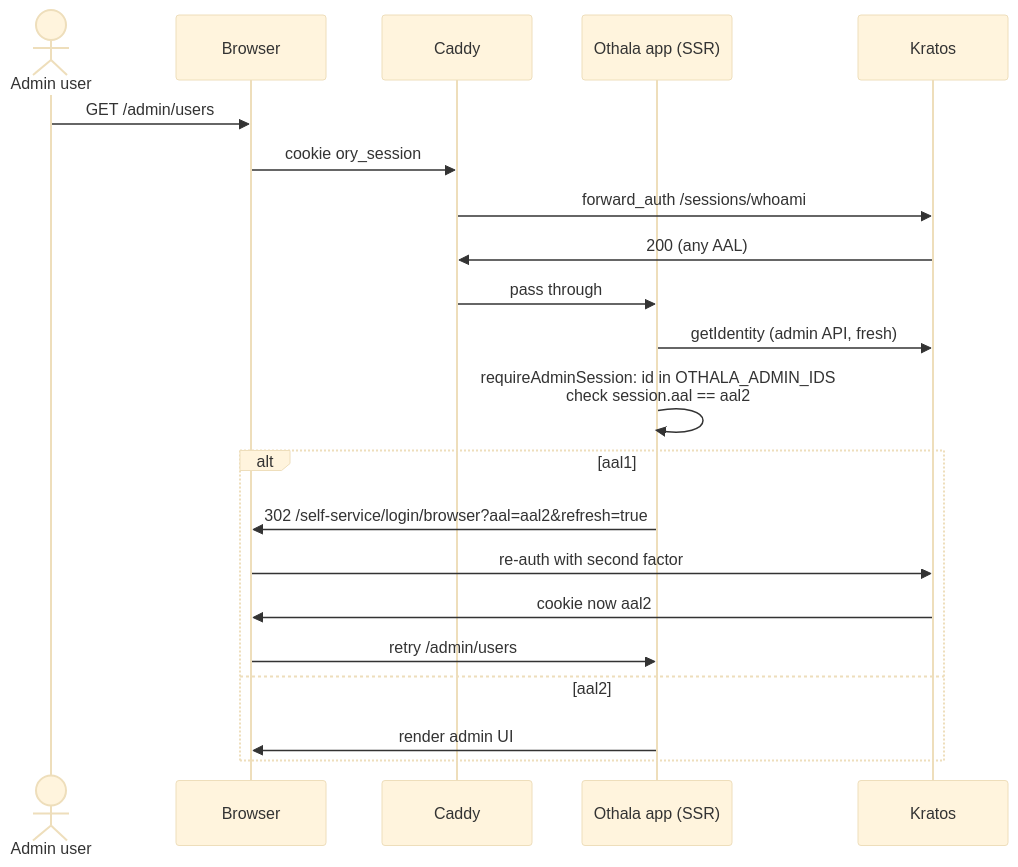
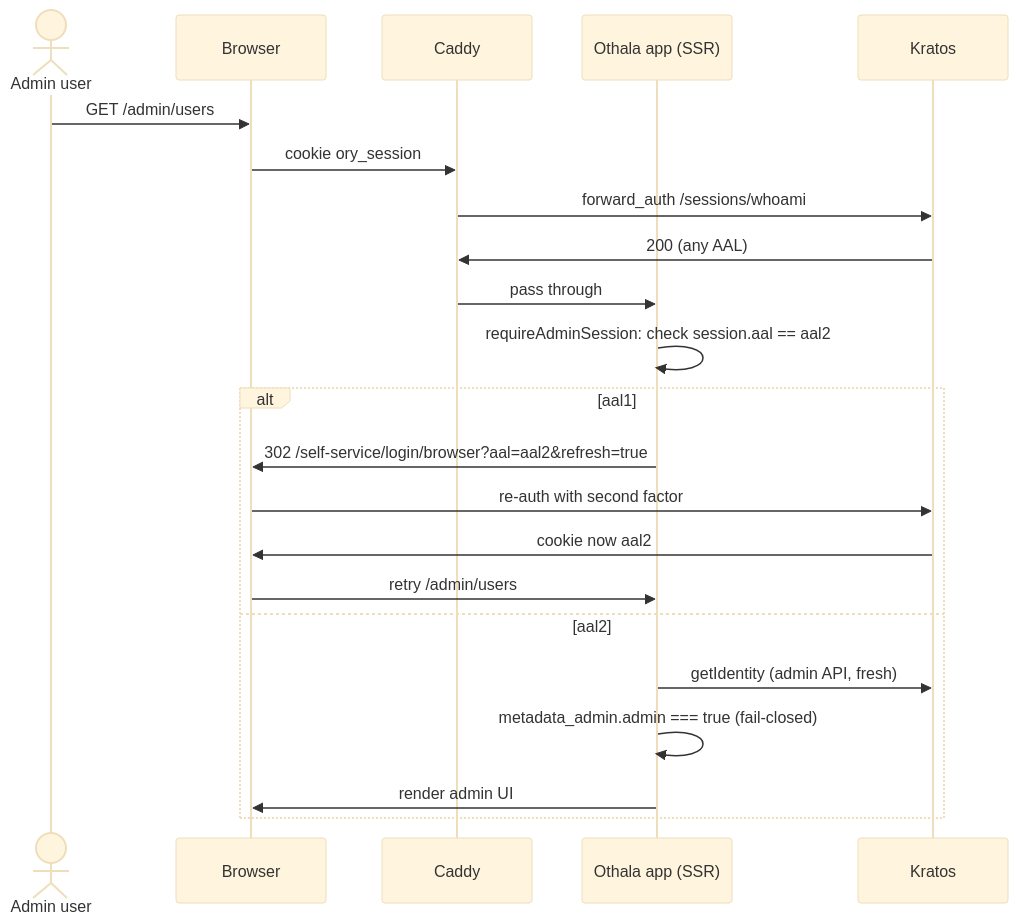
One commit to andrewdunndev/othala changed the second of 3 diagrams in ARCHITECTURE.md. Above: the diagram before and after it, drawn with Mermaid (base theme). The commit also changed other lines of this file and 12 other files, not shown here.

````diff
--- a/ARCHITECTURE.md
+++ b/ARCHITECTURE.md
@@ -486,24 +492,25 @@
 ```mermaid
 sequenceDiagram
   actor U as Admin user
   participant B as Browser
   participant C as Caddy
   participant O as Othala app (SSR)
   participant K as Kratos
 
   U->>B: GET /admin/users
   B->>C: cookie ory_session
   C->>K: forward_auth /sessions/whoami
   K->>C: 200 (any AAL)
   C->>O: pass through
-  O->>K: getIdentity (admin API, fresh)
-  O->>O: requireAdminSession: id in OTHALA_ADMIN_IDS<br/>check session.aal == aal2
+  O->>O: requireAdminSession: check session.aal == aal2
   alt aal1
     O->>B: 302 /self-service/login/browser?aal=aal2&refresh=true
     B->>K: re-auth with second factor
     K->>B: cookie now aal2
     B->>O: retry /admin/users
   else aal2
+    O->>K: getIdentity (admin API, fresh)
+    O->>O: metadata_admin.admin === true (fail-closed)
     O->>B: render admin UI
   end
 ```
````
